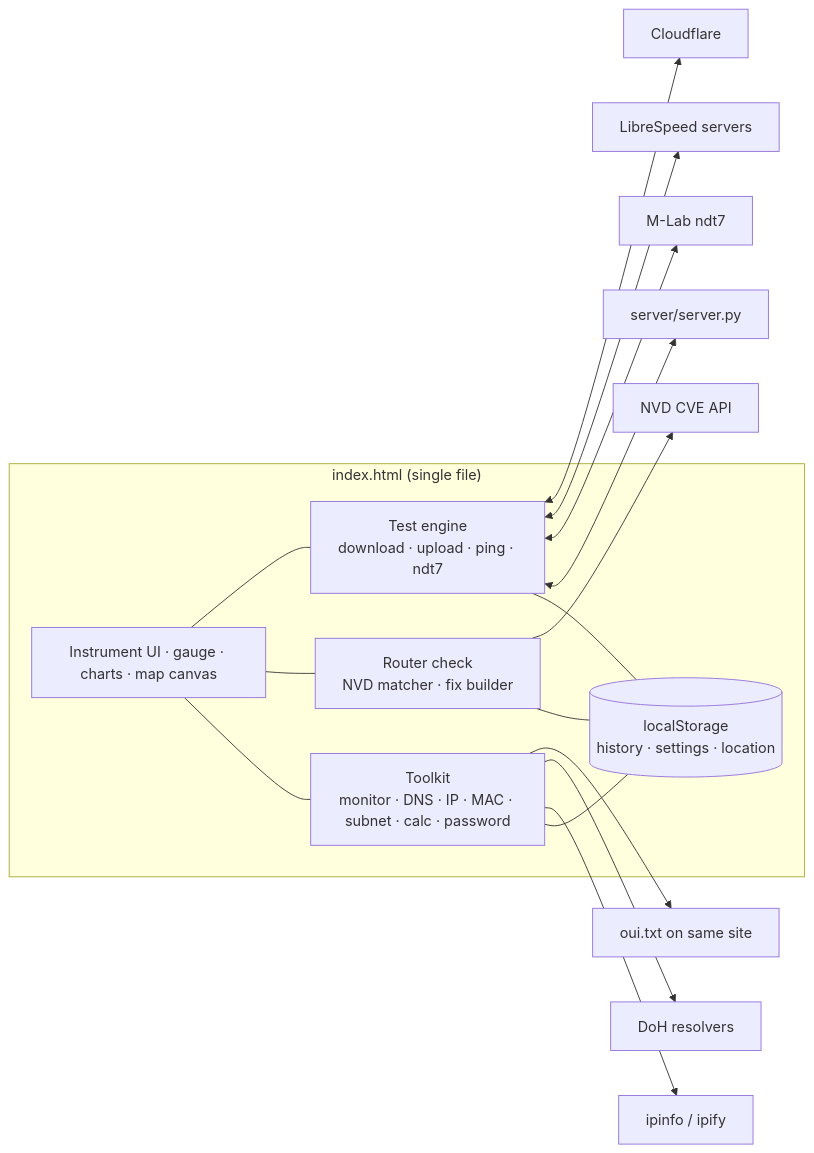
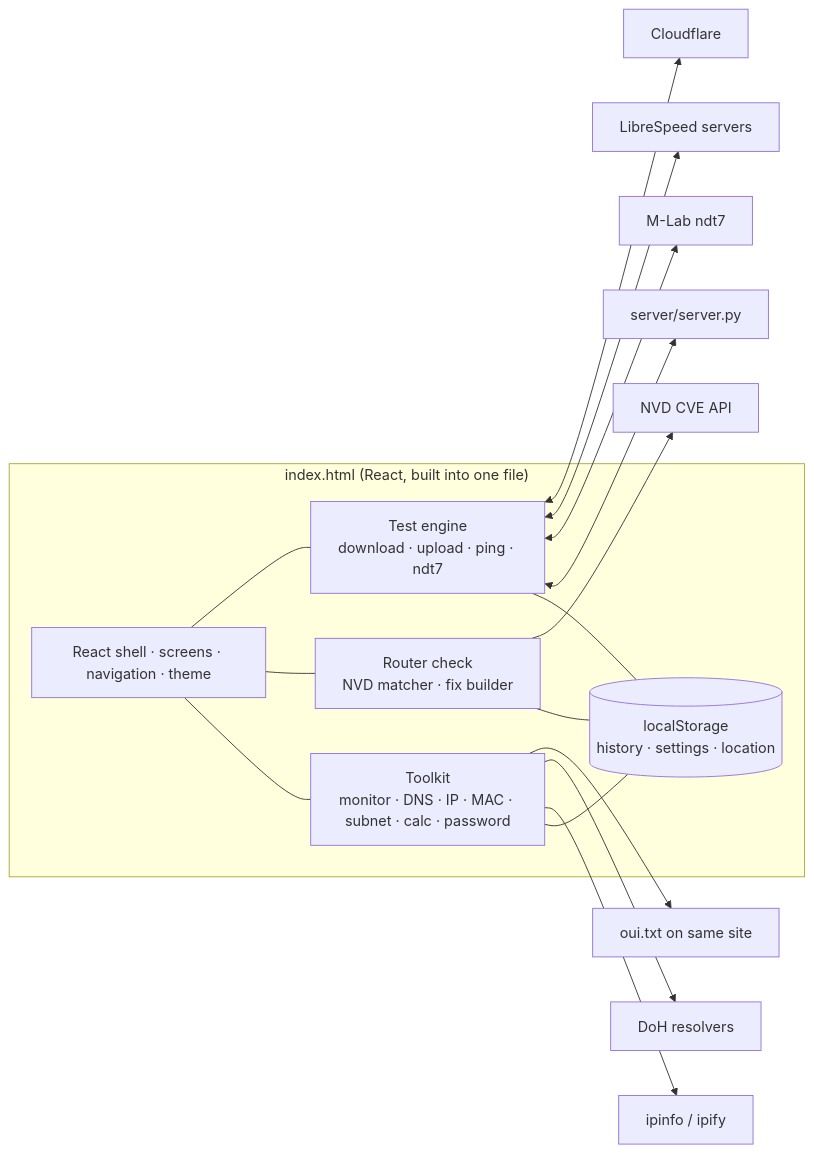
Before and after one commit to jsankr/Speedtest: the third of 3 diagrams in README.md, drawn with Mermaid. The commit also changed other lines of this file and 53 other files, not shown here.

````diff
--- a/README.md
+++ b/README.md
@@ -394,20 +397,20 @@
 ```mermaid
 flowchart LR
-    subgraph Browser["index.html (single file)"]
-        UI[Instrument UI · gauge · charts · map canvas]
+    subgraph Browser["index.html (React, built into one file)"]
+        UI[React shell · screens · navigation · theme]
         ENG[Test engine<br/>download · upload · ping · ndt7]
         RT[Router check<br/>NVD matcher · fix builder]
         TK[Toolkit<br/>monitor · DNS · IP · MAC · subnet · calc · password]
         ST[(localStorage<br/>history · settings · location)]
     end
     ENG <--> CF[Cloudflare]
     ENG <--> LS[LibreSpeed servers]
     ENG <--> ML[M-Lab ndt7]
     ENG <--> OWN[server/server.py]
     RT --> NVD[NVD CVE API]
     TK --> OUI[oui.txt on same site]
     TK --> DOH[DoH resolvers]
     TK --> IPI[ipinfo / ipify]
     UI --- ENG & RT & TK
     ENG & RT & TK --- ST
 ```
````
